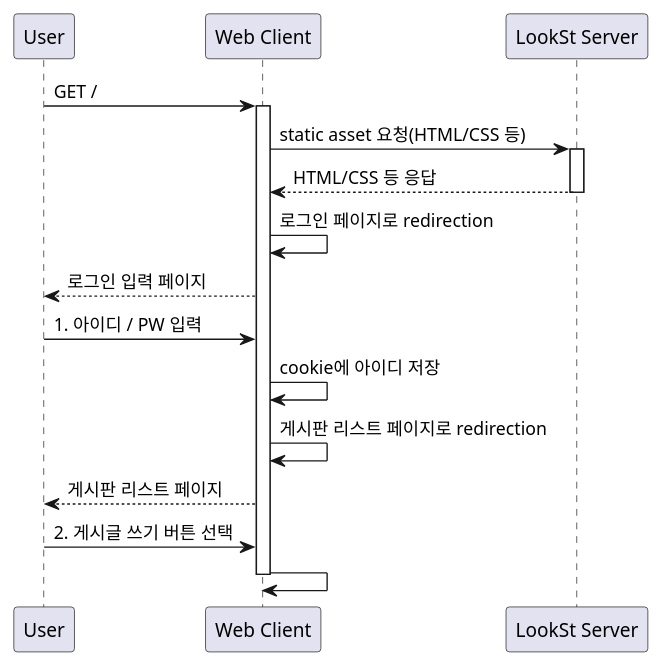
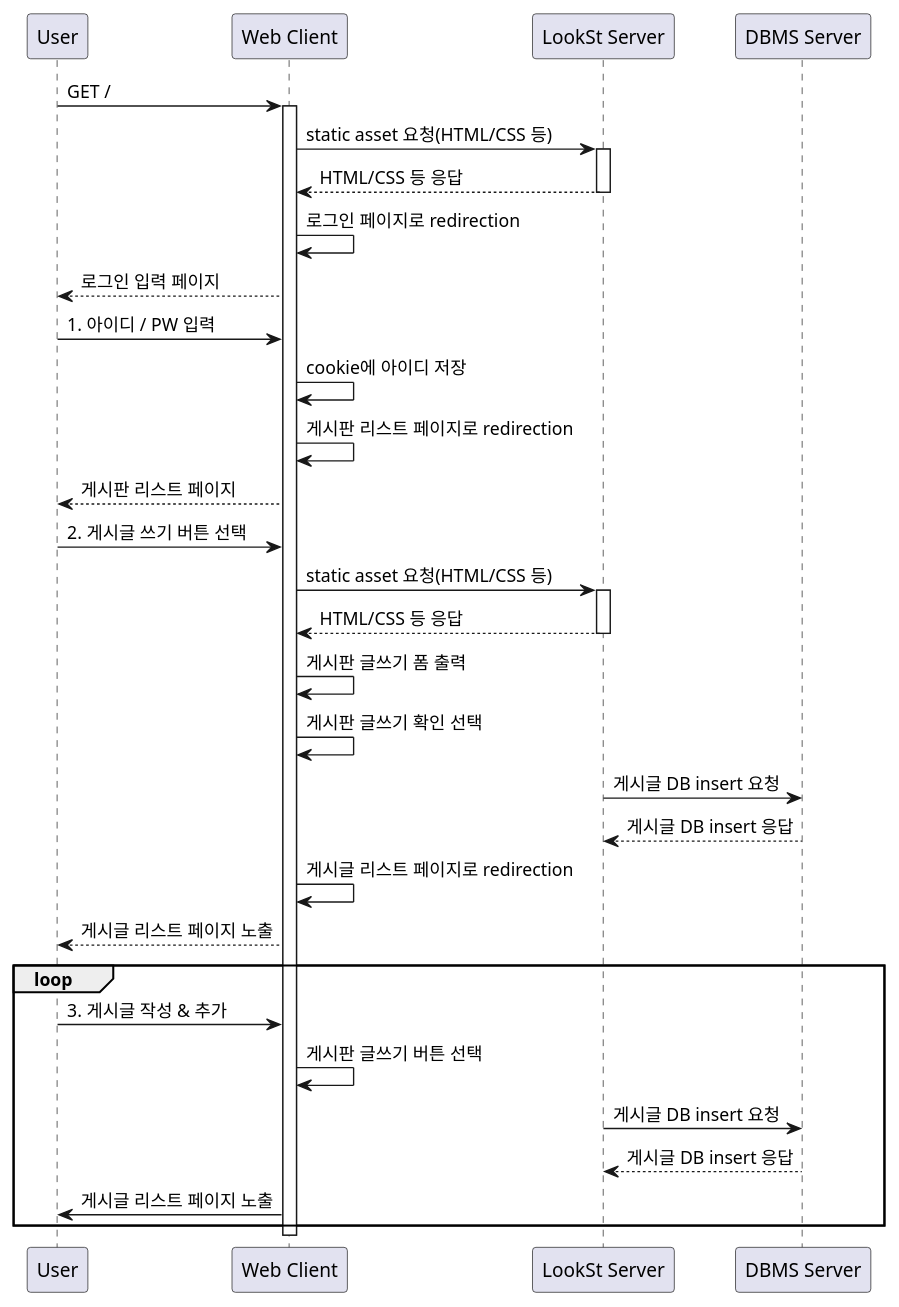
One commit to rudqls007/Java-Note changed the diagram in docs/sequence_diagram.plantuml. Above: the diagram before and after it, drawn with PlantUML. The commit also changed 1 other file, not shown here.

Commit message:
sequence_diagram

```diff
--- a/docs/sequence_diagram.plantuml
+++ b/docs/sequence_diagram.plantuml
@@ -1,27 +1,47 @@
 @startuml
 participant User
 participant "Web Client" as C
 participant "LookSt Server" as S
-
+participant "DBMS Server" as D
 
 User -> C: GET / 
 activate C
 C -> S: static asset 요청(HTML/CSS 등)
 activate S
 S --> C: HTML/CSS 등 응답
 deactivate S
 C -> C: 로그인 페이지로 redirection
 C --> User: 로그인 입력 페이지
 
 User -> C: 1. 아이디 / PW 입력
 C -> C: cookie에 아이디 저장
 C -> C: 게시판 리스트 페이지로 redirection
 
 C --> User: 게시판 리스트 페이지
 User -> C: 2. 게시글 쓰기 버튼 선택
-C -> C: 
+
+C -> S: static asset 요청(HTML/CSS 등)
+activate S
+S --> C: HTML/CSS 등 응답
+deactivate S
+
+C -> C: 게시판 글쓰기 폼 출력
+C -> C: 게시판 글쓰기 확인 선택
+
+S -> D: 게시글 DB insert 요청
+D --> S: 게시글 DB insert 응답
+C -> C: 게시글 리스트 페이지로 redirection
+C --> User: 게시글 리스트 페이지 노출
+
+loop
+    User -> C: 3. 게시글 작성 & 추가
+    C -> C: 게시판 글쓰기 버튼 선택
+    S -> D: 게시글 DB insert 요청
+    D --> S: 게시글 DB insert 응답
+    C -> User: 게시글 리스트 페이지 노출 
+end
 
 deactivate C
 
 
 @enduml
```
